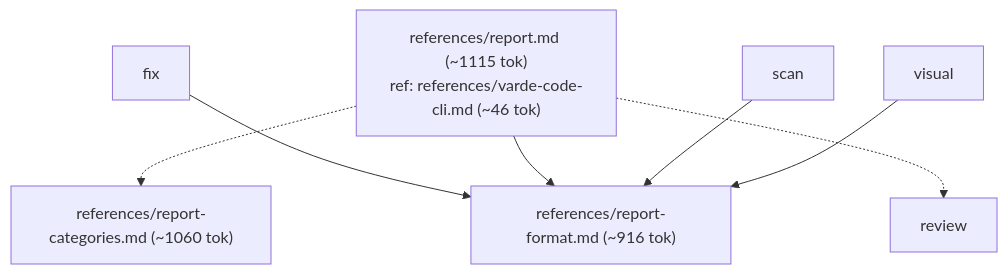
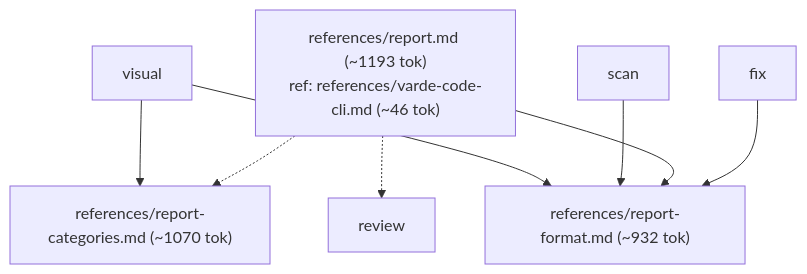
One commit to alecegg/varde changed the third of 8 diagrams in skills/varde-review/FLOW.md. Above: the diagram before and after it, drawn with Mermaid. The commit also changed other lines of this file and 269 other files, not shown here.

````diff
--- a/skills/varde-review/FLOW.md
+++ b/skills/varde-review/FLOW.md
@@ -65,16 +63,17 @@
 ```mermaid
 flowchart TD
-  n0["references/report-categories.md (~1060 tok)"]
-  n1["references/report-format.md (~916 tok)"]
-  n2["references/report.md (~1115 tok)<br/>ref: references/varde-code-cli.md (~46 tok)"]
+  n0["references/report-categories.md (~1070 tok)"]
+  n1["references/report-format.md (~932 tok)"]
+  n2["references/report.md (~1193 tok)<br/>ref: references/varde-code-cli.md (~46 tok)"]
   n3["fix"]
   n4["review"]
   n5["scan"]
   n6["visual"]
   n3 --> n1
   n2 -.-> n0
   n2 --> n1
   n2 -.-> n4
   n5 --> n1
+  n6 --> n0
   n6 --> n1
 ```
````
